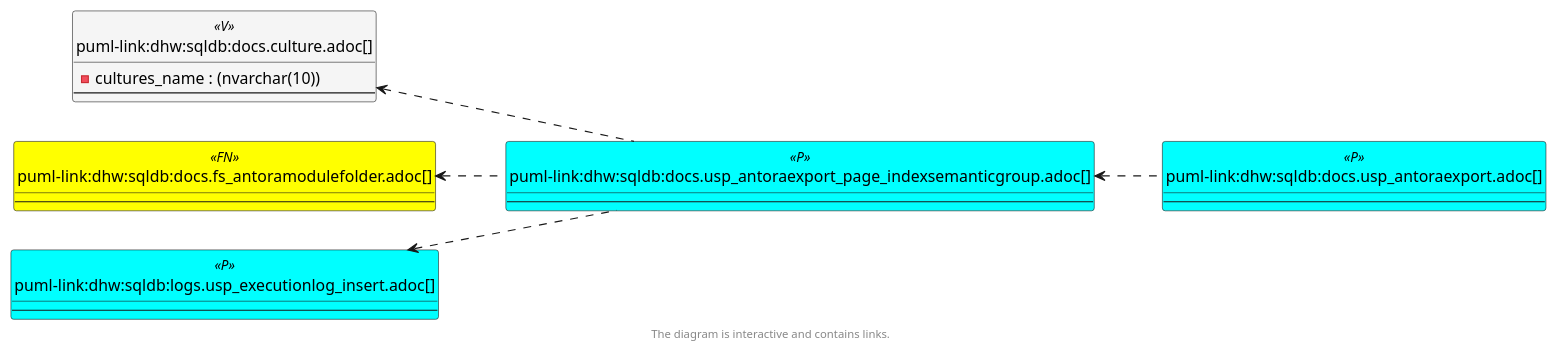
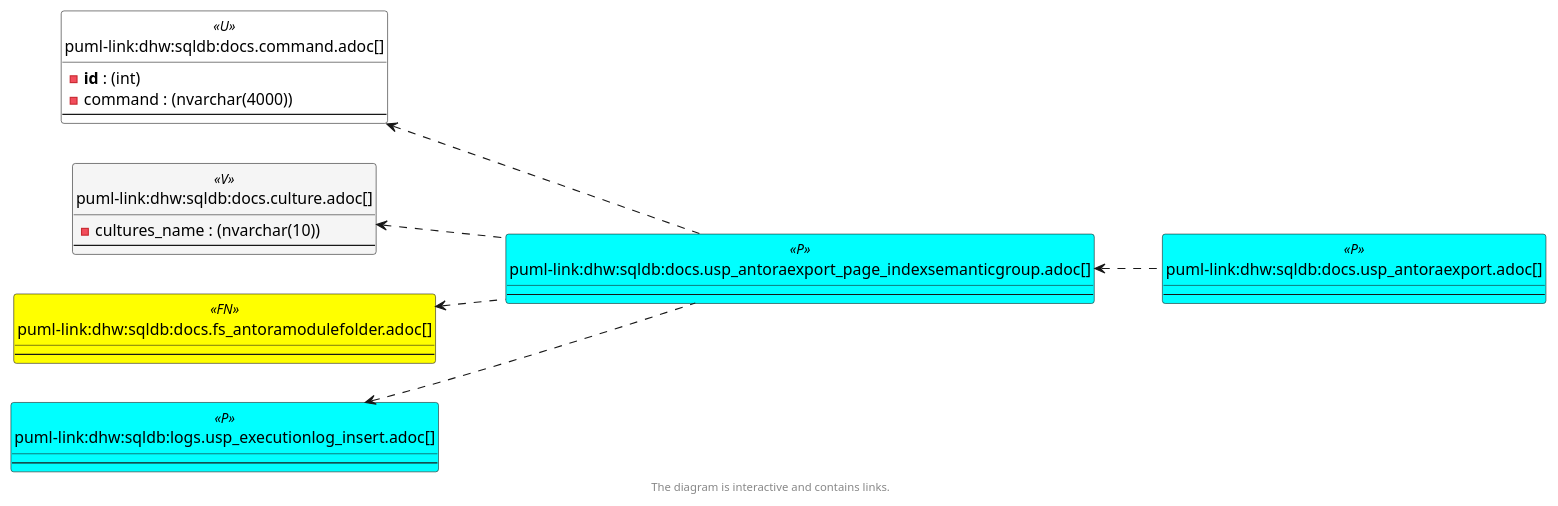
The sixth of 6 diagrams in docs/modules/sqldb/partials/content/docs.usp_antoraexport_page_indexsemanticgroup.adoc (DataHandwerk/dhw-antora-sqldb), drawn with PlantUML before and after one commit. The commit also changed other lines of this file and 701 other files, not shown here.

```diff
--- a/docs/modules/sqldb/partials/content/docs.usp_antoraexport_page_indexsemanticgroup.adoc
+++ b/docs/modules/sqldb/partials/content/docs.usp_antoraexport_page_indexsemanticgroup.adoc
@@ -868,61 +886,68 @@
 [plantuml, entity_1_1_colref-{docname}, svg, subs=macros]
 ....
 @startuml
 left to right direction
 'top to bottom direction
 hide circle
 'avoide "." issues:
 set namespaceSeparator none
 
 
 skinparam class {
   BackgroundColor White
   BackgroundColor<<FN>> Yellow
   BackgroundColor<<FS>> Yellow
   BackgroundColor<<FT>> LightGray
   BackgroundColor<<IF>> Yellow
   BackgroundColor<<IS>> Yellow
   BackgroundColor<<P>>  Aqua
   BackgroundColor<<PC>> Aqua
   BackgroundColor<<SN>> Yellow
   BackgroundColor<<SO>> SlateBlue
   BackgroundColor<<TF>> LightGray
   BackgroundColor<<TR>> Tomato
   BackgroundColor<<U>>  White
   BackgroundColor<<V>>  WhiteSmoke
   BackgroundColor<<X>>  Aqua
   BackgroundColor<<external>> AliceBlue
 }
 
 
+entity "puml-link:dhw:sqldb:docs.command.adoc[]" as docs.command << U >> {
+  - **id** : (int)
+  - command : (nvarchar(4000))
+  --
+}
+
 entity "puml-link:dhw:sqldb:docs.culture.adoc[]" as docs.Culture << V >> {
   - cultures_name : (nvarchar(10))
   --
 }
 
 entity "puml-link:dhw:sqldb:docs.fs_antoramodulefolder.adoc[]" as docs.fs_AntoraModuleFolder << FN >> {
   --
 }
 
 entity "puml-link:dhw:sqldb:docs.usp_antoraexport.adoc[]" as docs.usp_AntoraExport << P >> {
   --
 }
 
 entity "puml-link:dhw:sqldb:docs.usp_antoraexport_page_indexsemanticgroup.adoc[]" as docs.usp_AntoraExport_Page_IndexSemanticGroup << P >> {
   --
 }
 
 entity "puml-link:dhw:sqldb:logs.usp_executionlog_insert.adoc[]" as logs.usp_ExecutionLog_insert << P >> {
   --
 }
 
+docs.command <.. docs.usp_AntoraExport_Page_IndexSemanticGroup
 docs.Culture <.. docs.usp_AntoraExport_Page_IndexSemanticGroup
 docs.fs_AntoraModuleFolder <.. docs.usp_AntoraExport_Page_IndexSemanticGroup
 docs.usp_AntoraExport_Page_IndexSemanticGroup <.. docs.usp_AntoraExport
 logs.usp_ExecutionLog_insert <.. docs.usp_AntoraExport_Page_IndexSemanticGroup
 
 
 footer The diagram is interactive and contains links.
 
 @enduml
 ....
```
